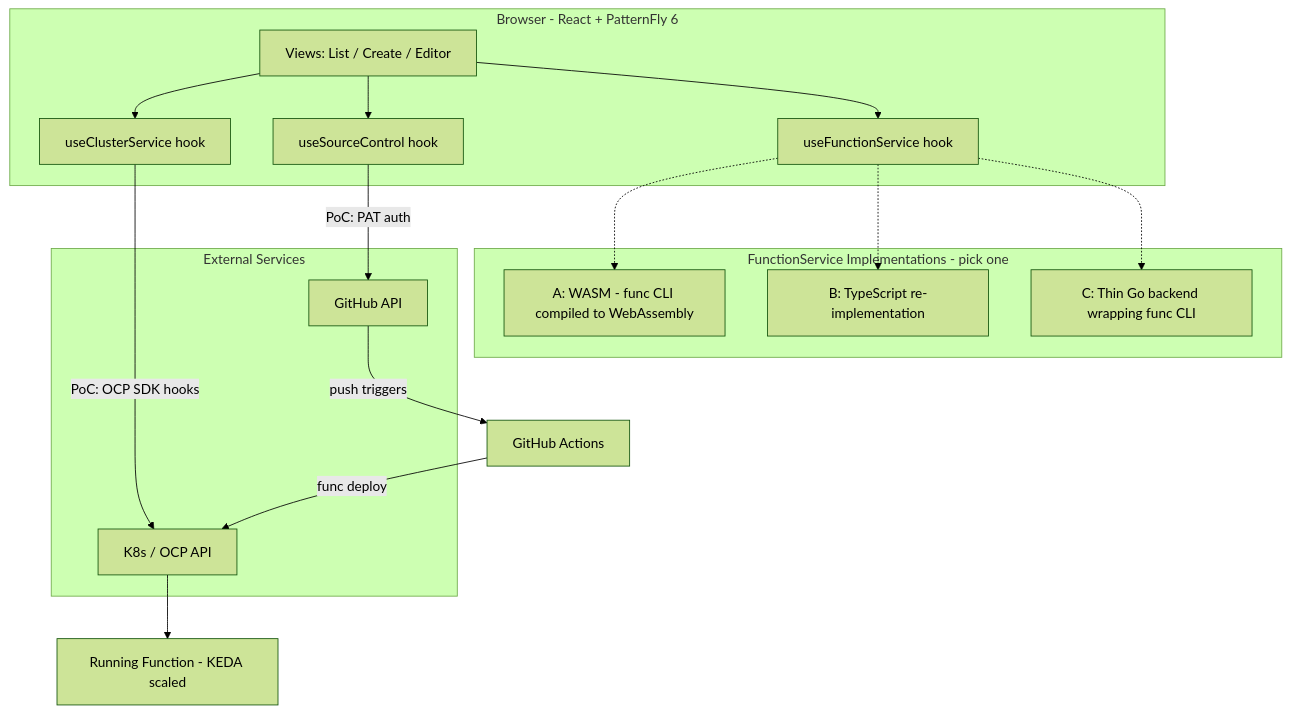
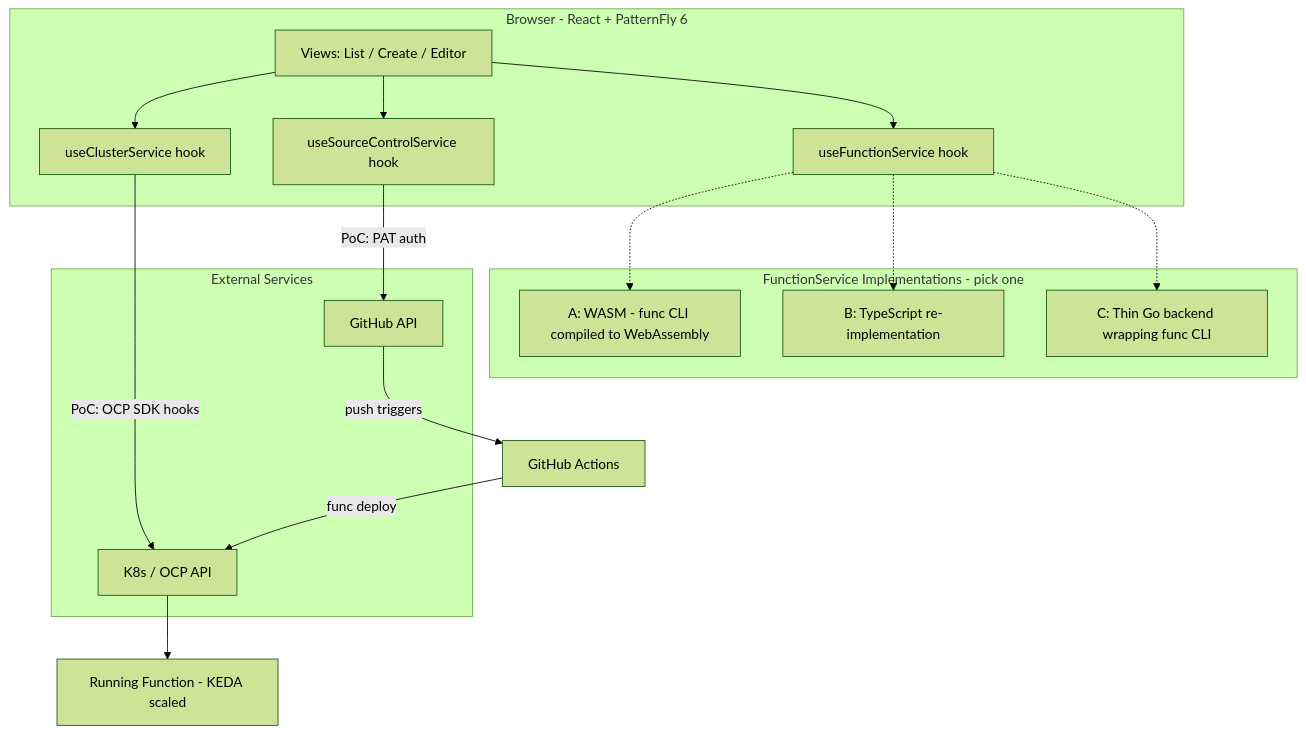
Before and after one commit to matejvasek/func-console: the first of 2 diagrams in docs/design/2026-03-16-faas-poc-design.md, drawn with Mermaid (forest theme). The commit also changed other lines of this file and 24 other files, not shown here.

````diff
--- a/docs/design/2026-03-16-faas-poc-design.md
+++ b/docs/design/2026-03-16-faas-poc-design.md
@@ -18,35 +18,35 @@
 ```mermaid
 flowchart TB
     subgraph UI [Browser - React + PatternFly 6]
         VIEWS[Views: List / Create / Editor]
         FS[useFunctionService hook]
-        SCS[useSourceControl hook]
+        SCS[useSourceControlService hook]
         CS[useClusterService hook]
     end
 
     subgraph FS_IMPL [FunctionService Implementations - pick one]
         WASM[A: WASM - func CLI compiled to WebAssembly]
         TSIMPL[B: TypeScript re-implementation]
         BACKEND[C: Thin Go backend wrapping func CLI]
     end
 
     subgraph External [External Services]
         GH[GitHub API]
         K8S[K8s / OCP API]
     end
 
     VIEWS --> FS
     VIEWS --> SCS
     VIEWS --> CS
 
     FS -.-> WASM
     FS -.-> TSIMPL
     FS -.-> BACKEND
 
     SCS -->|PoC: PAT auth| GH
     CS -->|PoC: OCP SDK hooks| K8S
 
     GH -->|push triggers| GHA[GitHub Actions]
     GHA -->|func deploy| K8S
     K8S --> FUNC[Running Function - KEDA scaled]
 ```
````
